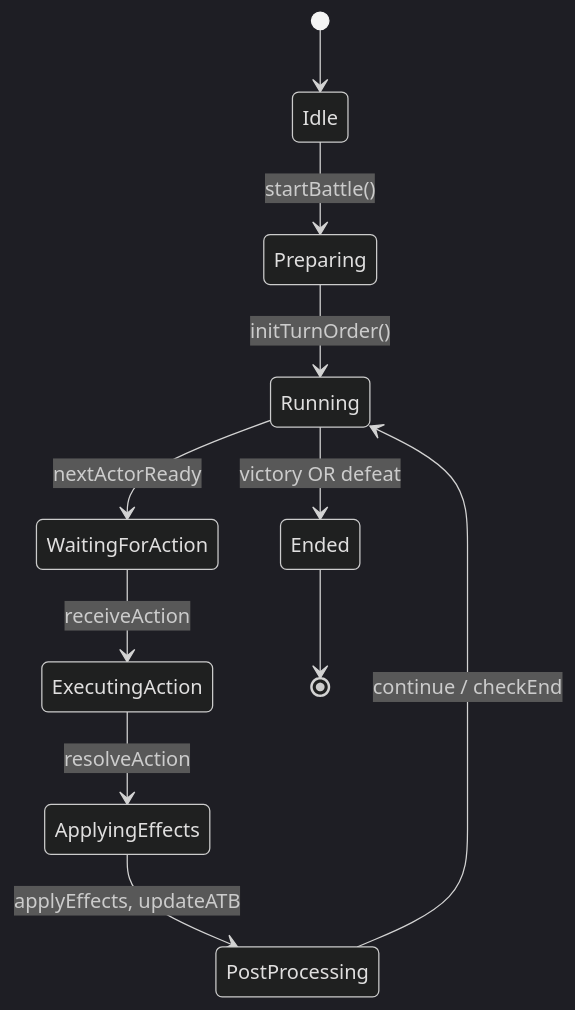
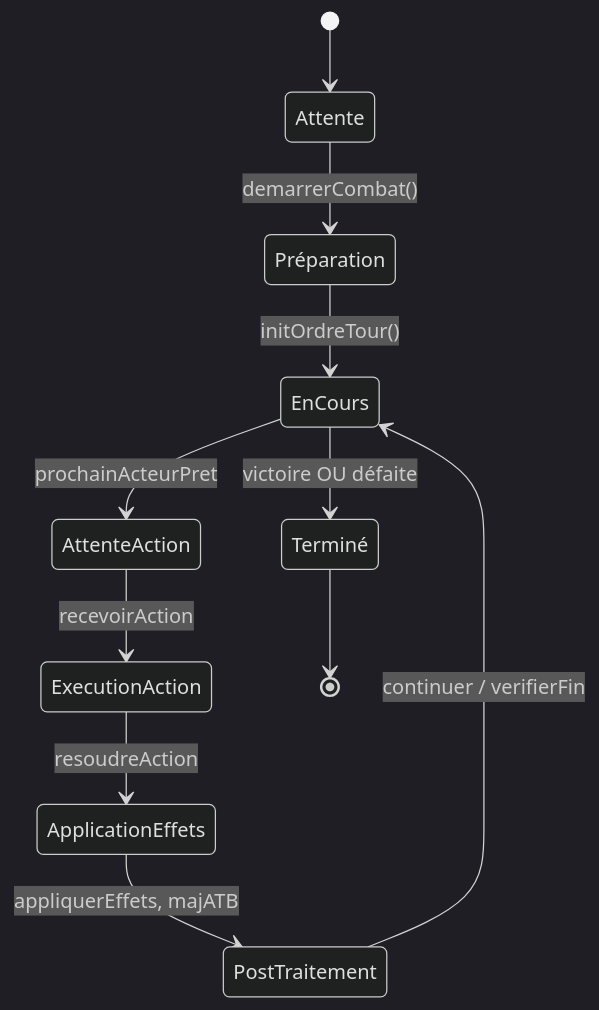
Before and after one commit to Gaetan1303/Aether-Engine: the first of 3 diagrams in doc/Présentation.md, drawn with Mermaid (dark theme). The commit also changed other lines of this file and 12 other files, not shown here.

````diff
--- a/doc/Présentation.md
+++ b/doc/Présentation.md
@@ -30,13 +36,13 @@
 ```mermaid
 stateDiagram-v2
-[*] --> Idle
-Idle --> Preparing : startBattle()
-Preparing --> Running : initTurnOrder()
-Running --> WaitingForAction : nextActorReady
-WaitingForAction --> ExecutingAction : receiveAction
-ExecutingAction --> ApplyingEffects : resolveAction
-ApplyingEffects --> PostProcessing : applyEffects, updateATB
-PostProcessing --> Running : continue / checkEnd
-Running --> Ended : victory OR defeat
-Ended --> [*]
+[*] --> Attente
+Attente --> Préparation : demarrerCombat()
+Préparation --> EnCours : initOrdreTour()
+EnCours --> AttenteAction : prochainActeurPret
+AttenteAction --> ExecutionAction : recevoirAction
+ExecutionAction --> ApplicationEffets : resoudreAction
+ApplicationEffets --> PostTraitement : appliquerEffets, majATB
+PostTraitement --> EnCours : continuer / verifierFin
+EnCours --> Terminé : victoire OU défaite
+Terminé --> [*]
 ```
````
